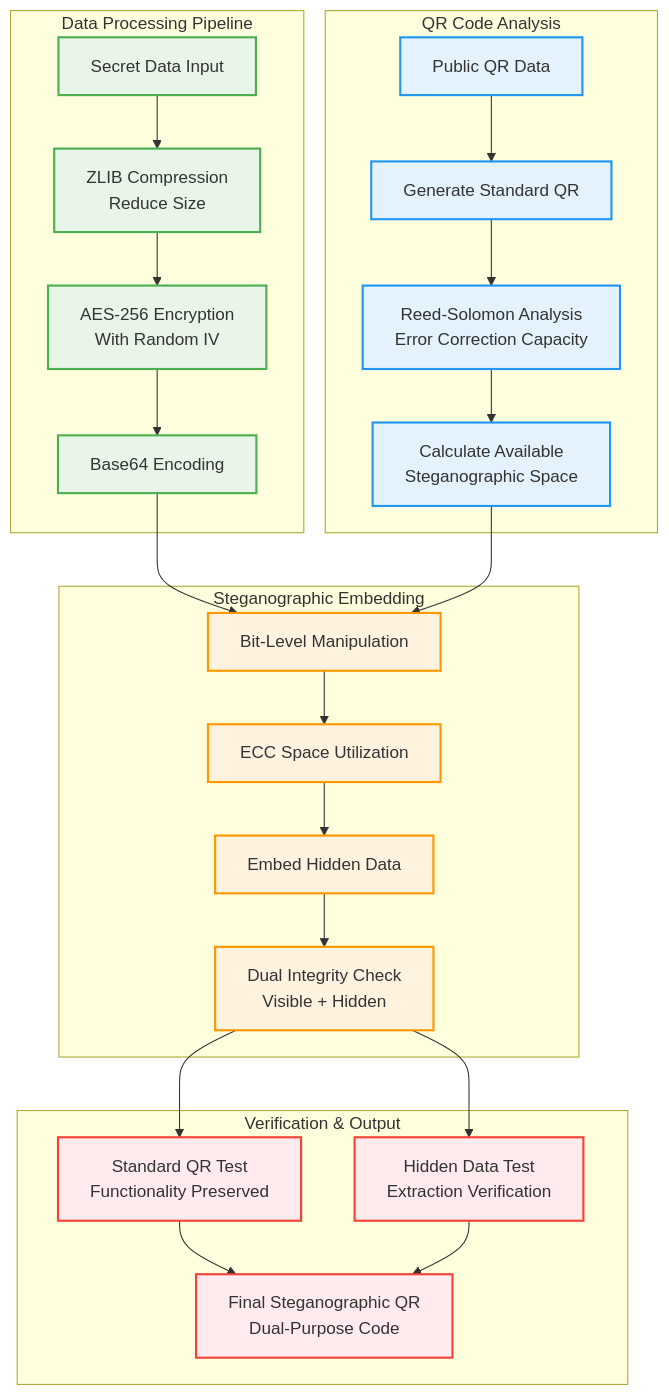
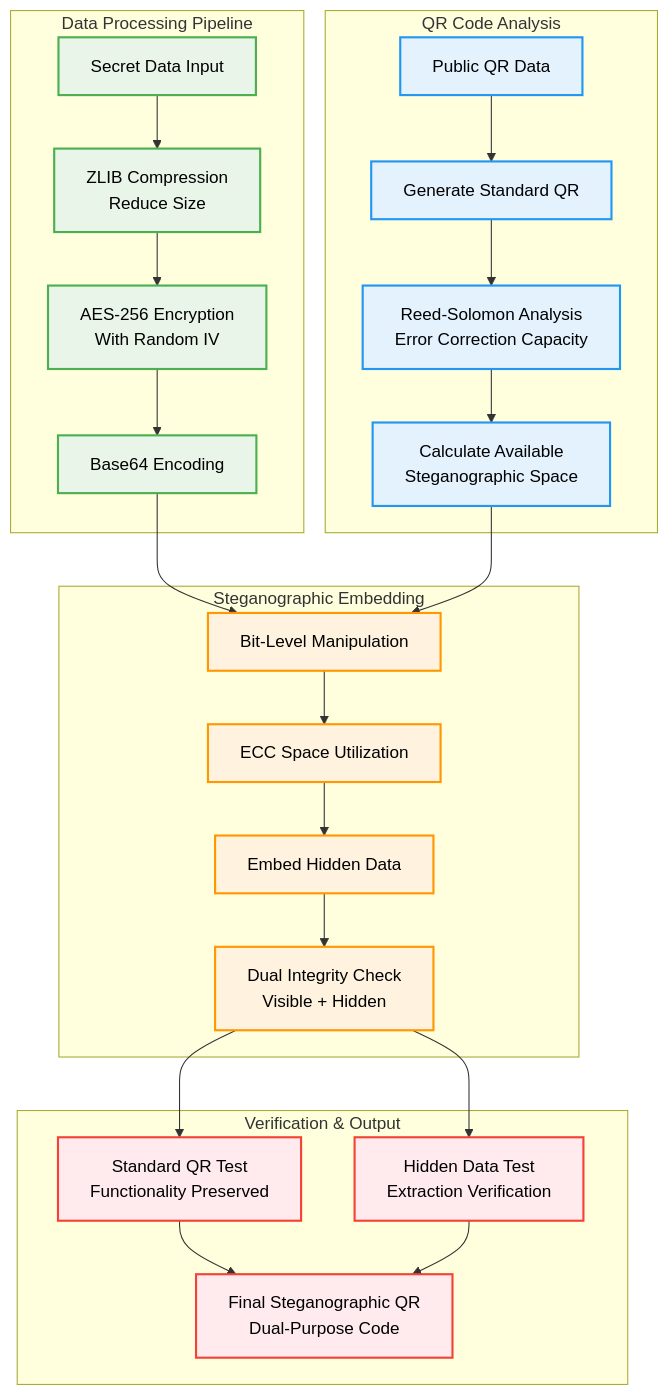
The fourth of 6 diagrams in README.md (Johnsonajibi/DeviceFingerprinting), drawn with Mermaid before and after one commit. The commit also changed other lines of this file, not shown here.

First line of the commit message:
fixed text color and background contrast in architectural diagrams

````diff
--- a/README.md
+++ b/README.md
@@ -172,58 +172,58 @@
 ```mermaid
 flowchart TD
     subgraph "Data Processing Pipeline"
         Secret[Secret Data Input]
         Compress[ZLIB Compression<br/>Reduce Size]
         Encrypt[AES-256 Encryption<br/>With Random IV]
         Format[Base64 Encoding]
     end
     
     subgraph "QR Code Analysis"
         Public[Public QR Data]
         Generate[Generate Standard QR]
         Analyze[Reed-Solomon Analysis<br/>Error Correction Capacity]
         Calculate[Calculate Available<br/>Steganographic Space]
     end
     
     subgraph "Steganographic Embedding"
         BitLevel[Bit-Level Manipulation]
         ECCSpace[ECC Space Utilization]
         Embed[Embed Hidden Data]
         Integrity[Dual Integrity Check<br/>Visible + Hidden]
     end
     
     subgraph "Verification & Output"
         StandardTest[Standard QR Test<br/>Functionality Preserved]
         HiddenTest[Hidden Data Test<br/>Extraction Verification]
         FinalQR[Final Steganographic QR<br/>Dual-Purpose Code]
     end
     
     Secret --> Compress
     Compress --> Encrypt
     Encrypt --> Format
     
     Public --> Generate
     Generate --> Analyze
     Analyze --> Calculate
     
     Format --> BitLevel
     Calculate --> BitLevel
     BitLevel --> ECCSpace
     ECCSpace --> Embed
     Embed --> Integrity
     
     Integrity --> StandardTest
     Integrity --> HiddenTest
     StandardTest --> FinalQR
     HiddenTest --> FinalQR
     
-    classDef processing fill:#e8f5e8,stroke:#4caf50,stroke-width:2px
-    classDef analysis fill:#e3f2fd,stroke:#2196f3,stroke-width:2px
-    classDef embedding fill:#fff3e0,stroke:#ff9800,stroke-width:2px
-    classDef verification fill:#ffebee,stroke:#f44336,stroke-width:2px
+    classDef processing fill:#e8f5e8,stroke:#4caf50,stroke-width:2px,color:#000000
+    classDef analysis fill:#e3f2fd,stroke:#2196f3,stroke-width:2px,color:#000000
+    classDef embedding fill:#fff3e0,stroke:#ff9800,stroke-width:2px,color:#000000
+    classDef verification fill:#ffebee,stroke:#f44336,stroke-width:2px,color:#000000
     
     class Secret,Compress,Encrypt,Format processing
     class Public,Generate,Analyze,Calculate analysis
     class BitLevel,ECCSpace,Embed,Integrity embedding
     class StandardTest,HiddenTest,FinalQR verification
 ```
````
